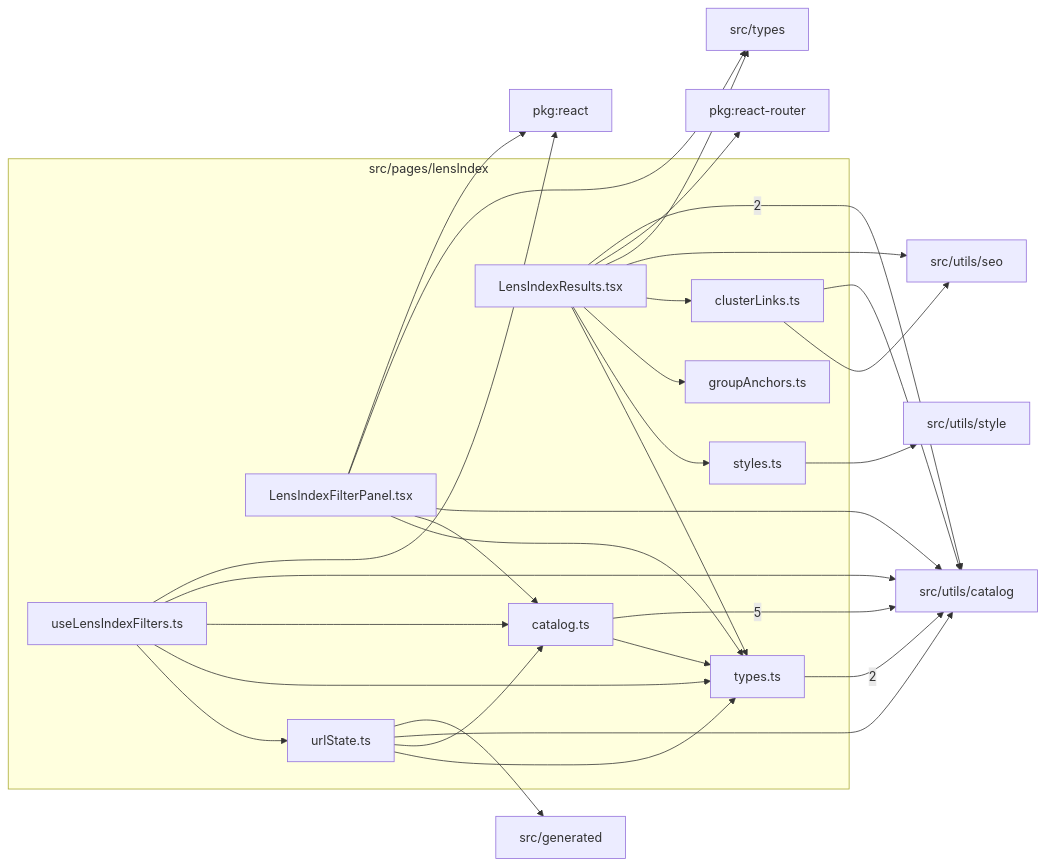
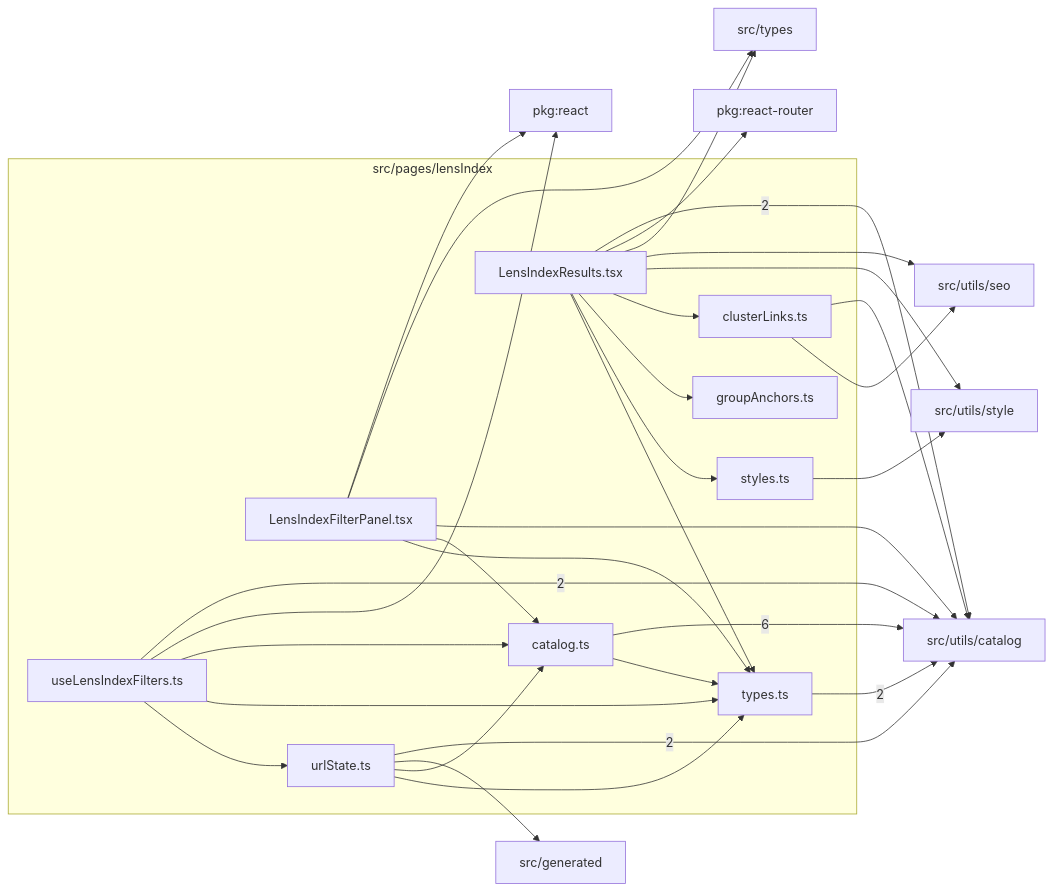
Before and after one commit to ronbuening/LensVisualizer: the diagram in src/pages/lensIndex/readme.md, drawn with Mermaid. The commit also changed other lines of this file and 128 other files, not shown here.

````diff
--- a/src/pages/lensIndex/readme.md
+++ b/src/pages/lensIndex/readme.md
@@ -9,49 +9,50 @@
 ```mermaid
 flowchart LR
   subgraph n_src_pages_lensIndex["src/pages/lensIndex"]
     n_src_pages_lensIndex_src_pages_lensIndex_catalog_ts["catalog.ts"]
     n_src_pages_lensIndex_src_pages_lensIndex_clusterLinks_ts["clusterLinks.ts"]
     n_src_pages_lensIndex_src_pages_lensIndex_groupAnchors_ts["groupAnchors.ts"]
     n_src_pages_lensIndex_src_pages_lensIndex_LensIndexFilterPanel_tsx["LensIndexFilterPanel.tsx"]
     n_src_pages_lensIndex_src_pages_lensIndex_LensIndexResults_tsx["LensIndexResults.tsx"]
     n_src_pages_lensIndex_src_pages_lensIndex_styles_ts["styles.ts"]
     n_src_pages_lensIndex_src_pages_lensIndex_types_ts["types.ts"]
     n_src_pages_lensIndex_src_pages_lensIndex_urlState_ts["urlState.ts"]
     n_src_pages_lensIndex_src_pages_lensIndex_useLensIndexFilters_ts["useLensIndexFilters.ts"]
   end
   n_external_src_utils_catalog["src/utils/catalog"]
   n_external_pkg_react["pkg:react"]
   n_external_pkg_react_router["pkg:react-router"]
   n_external_src_generated["src/generated"]
   n_external_src_types["src/types"]
   n_external_src_utils_seo["src/utils/seo"]
   n_external_src_utils_style["src/utils/style"]
-  n_src_pages_lensIndex_src_pages_lensIndex_catalog_ts --> |5| n_external_src_utils_catalog
+  n_src_pages_lensIndex_src_pages_lensIndex_catalog_ts --> |6| n_external_src_utils_catalog
   n_src_pages_lensIndex_src_pages_lensIndex_LensIndexResults_tsx --> |2| n_external_src_utils_catalog
   n_src_pages_lensIndex_src_pages_lensIndex_types_ts --> |2| n_external_src_utils_catalog
+  n_src_pages_lensIndex_src_pages_lensIndex_urlState_ts --> |2| n_external_src_utils_catalog
+  n_src_pages_lensIndex_src_pages_lensIndex_useLensIndexFilters_ts --> |2| n_external_src_utils_catalog
   n_src_pages_lensIndex_src_pages_lensIndex_LensIndexFilterPanel_tsx --> n_external_pkg_react
   n_src_pages_lensIndex_src_pages_lensIndex_useLensIndexFilters_ts --> n_external_pkg_react
   n_src_pages_lensIndex_src_pages_lensIndex_LensIndexResults_tsx --> n_external_pkg_react_router
   n_src_pages_lensIndex_src_pages_lensIndex_urlState_ts --> n_external_src_generated
   n_src_pages_lensIndex_src_pages_lensIndex_LensIndexFilterPanel_tsx --> n_external_src_types
   n_src_pages_lensIndex_src_pages_lensIndex_LensIndexResults_tsx --> n_external_src_types
   n_src_pages_lensIndex_src_pages_lensIndex_clusterLinks_ts --> n_external_src_utils_catalog
   n_src_pages_lensIndex_src_pages_lensIndex_LensIndexFilterPanel_tsx --> n_external_src_utils_catalog
-  n_src_pages_lensIndex_src_pages_lensIndex_urlState_ts --> n_external_src_utils_catalog
-  n_src_pages_lensIndex_src_pages_lensIndex_useLensIndexFilters_ts --> n_external_src_utils_catalog
   n_src_pages_lensIndex_src_pages_lensIndex_clusterLinks_ts --> n_external_src_utils_seo
   n_src_pages_lensIndex_src_pages_lensIndex_LensIndexResults_tsx --> n_external_src_utils_seo
+  n_src_pages_lensIndex_src_pages_lensIndex_LensIndexResults_tsx --> n_external_src_utils_style
   n_src_pages_lensIndex_src_pages_lensIndex_styles_ts --> n_external_src_utils_style
   n_src_pages_lensIndex_src_pages_lensIndex_LensIndexFilterPanel_tsx --> n_src_pages_lensIndex_src_pages_lensIndex_catalog_ts
   n_src_pages_lensIndex_src_pages_lensIndex_urlState_ts --> n_src_pages_lensIndex_src_pages_lensIndex_catalog_ts
   n_src_pages_lensIndex_src_pages_lensIndex_useLensIndexFilters_ts --> n_src_pages_lensIndex_src_pages_lensIndex_catalog_ts
   n_src_pages_lensIndex_src_pages_lensIndex_LensIndexResults_tsx --> n_src_pages_lensIndex_src_pages_lensIndex_clusterLinks_ts
   n_src_pages_lensIndex_src_pages_lensIndex_LensIndexResults_tsx --> n_src_pages_lensIndex_src_pages_lensIndex_groupAnchors_ts
   n_src_pages_lensIndex_src_pages_lensIndex_LensIndexResults_tsx --> n_src_pages_lensIndex_src_pages_lensIndex_styles_ts
   n_src_pages_lensIndex_src_pages_lensIndex_catalog_ts --> n_src_pages_lensIndex_src_pages_lensIndex_types_ts
   n_src_pages_lensIndex_src_pages_lensIndex_LensIndexFilterPanel_tsx --> n_src_pages_lensIndex_src_pages_lensIndex_types_ts
   n_src_pages_lensIndex_src_pages_lensIndex_LensIndexResults_tsx --> n_src_pages_lensIndex_src_pages_lensIndex_types_ts
   n_src_pages_lensIndex_src_pages_lensIndex_urlState_ts --> n_src_pages_lensIndex_src_pages_lensIndex_types_ts
   n_src_pages_lensIndex_src_pages_lensIndex_useLensIndexFilters_ts --> n_src_pages_lensIndex_src_pages_lensIndex_types_ts
   n_src_pages_lensIndex_src_pages_lensIndex_useLensIndexFilters_ts --> n_src_pages_lensIndex_src_pages_lensIndex_urlState_ts
 ```
````
